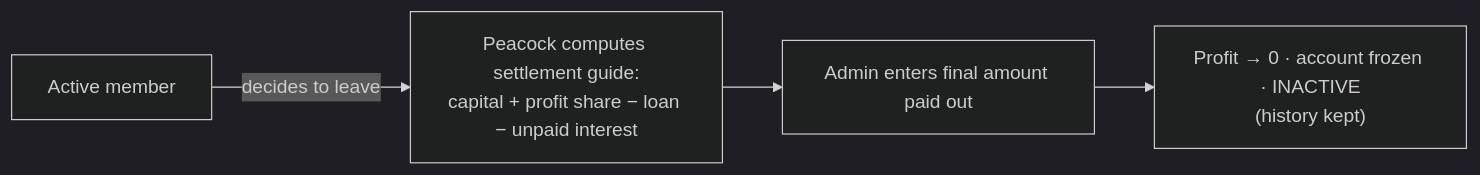
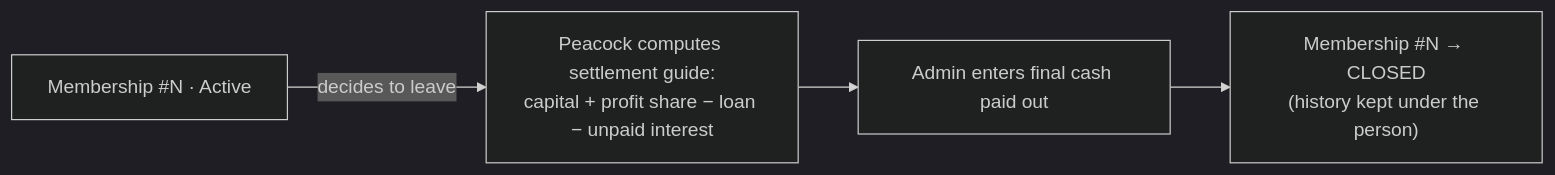
Before and after one commit to iam-hussain/peacock: the tenth of 13 diagrams in docs/PRODUCT.md, drawn with Mermaid (dark theme). The commit also changed other lines of this file and 5 other files, not shown here.

````diff
--- a/docs/PRODUCT.md
+++ b/docs/PRODUCT.md
@@ -459,6 +477,6 @@
 ```mermaid
 flowchart LR
-  ACT["Active member"] -->|decides to leave| CALC["Peacock computes settlement guide:<br/>capital + profit share − loan − unpaid interest"]
-  CALC --> ENTER["Admin enters final amount paid out"]
-  ENTER --> FROZEN["Profit → 0 · account frozen · INACTIVE<br/>(history kept)"]
+  ACT["Membership #N · Active"] -->|decides to leave| CALC["Peacock computes settlement guide:<br/>capital + profit share − loan − unpaid interest"]
+  CALC --> ENTER["Admin enters final cash paid out"]
+  ENTER --> CLOSED["Membership #N → CLOSED<br/>(history kept under the person)"]
 ```
````
